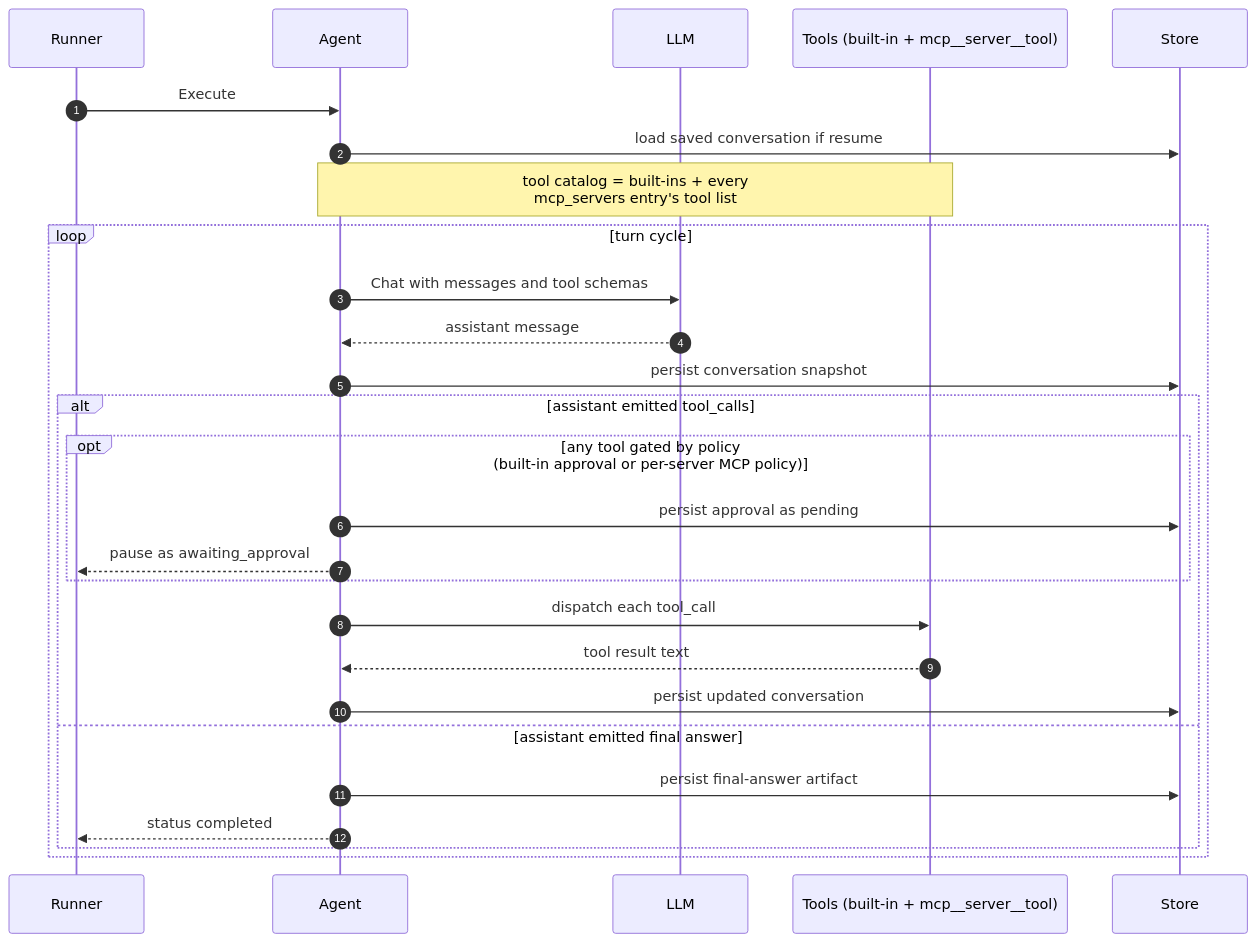
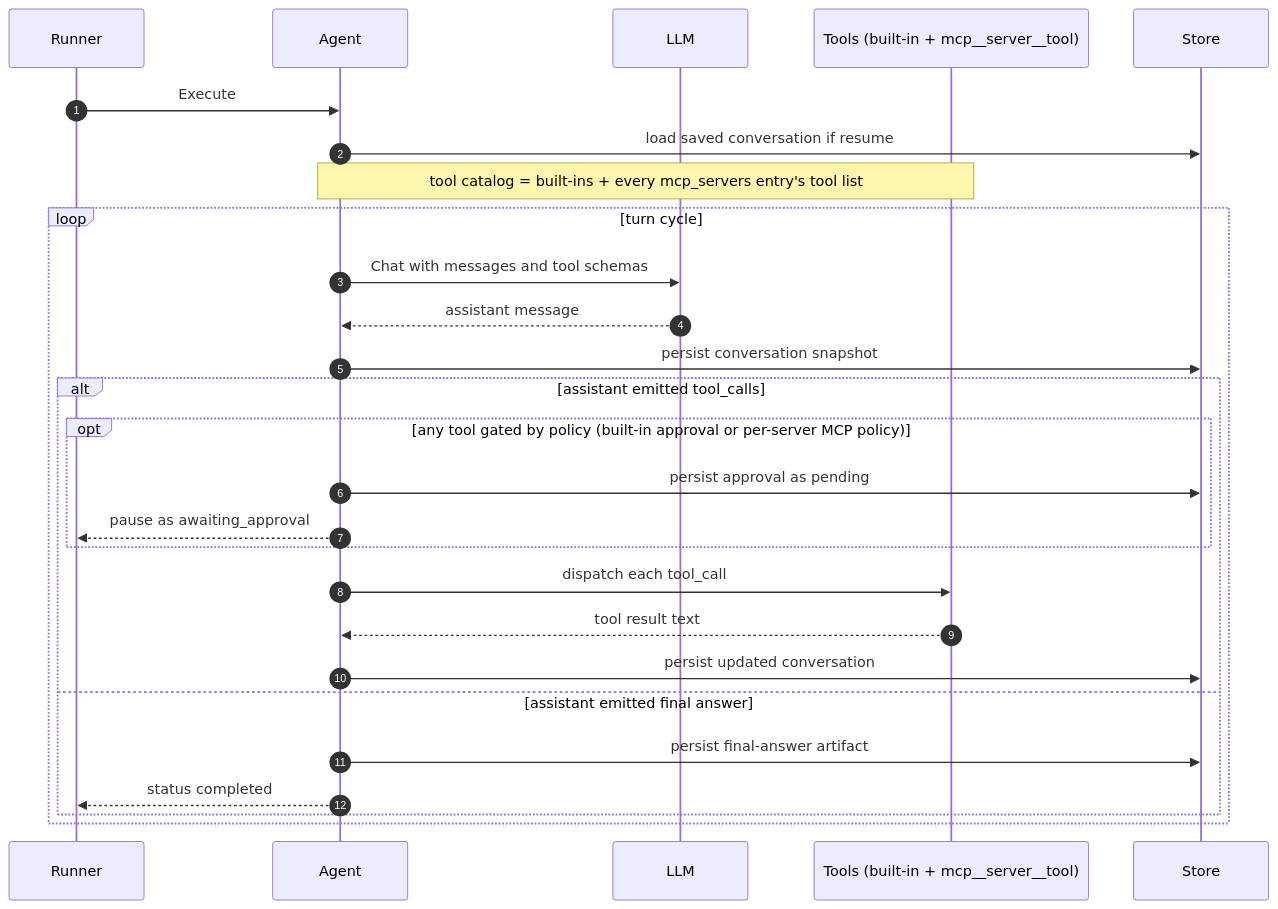
The diagram in docs/agent-runtime.md (hecatehq/hecate), drawn with Mermaid before and after one commit. The commit also changed 3 other files, not shown here.

First line of the commit message:
docs: fix broken Mermaid diagrams and link chat-sessions doc from README

````diff
--- a/docs/agent-runtime.md
+++ b/docs/agent-runtime.md
@@ -37,29 +37,29 @@
 ```mermaid
 sequenceDiagram
     autonumber
     participant Runner
     participant Agent
     participant LLM
     participant Tools as Tools (built-in + mcp__server__tool)
     participant Store
     Runner->>Agent: Execute
     Agent->>Store: load saved conversation if resume
-    Note over Agent,Tools: tool catalog = built-ins + every<br/>mcp_servers entry's tool list
+    Note over Agent,Tools: tool catalog = built-ins + every mcp_servers entry's tool list
     loop turn cycle
         Agent->>LLM: Chat with messages and tool schemas
         LLM-->>Agent: assistant message
         Agent->>Store: persist conversation snapshot
         alt assistant emitted tool_calls
-            opt any tool gated by policy<br/>(built-in approval or per-server MCP policy)
+            opt any tool gated by policy (built-in approval or per-server MCP policy)
                 Agent->>Store: persist approval as pending
                 Agent-->>Runner: pause as awaiting_approval
             end
             Agent->>Tools: dispatch each tool_call
             Tools-->>Agent: tool result text
             Agent->>Store: persist updated conversation
         else assistant emitted final answer
             Agent->>Store: persist final-answer artifact
             Agent-->>Runner: status completed
         end
     end
 ```
````
